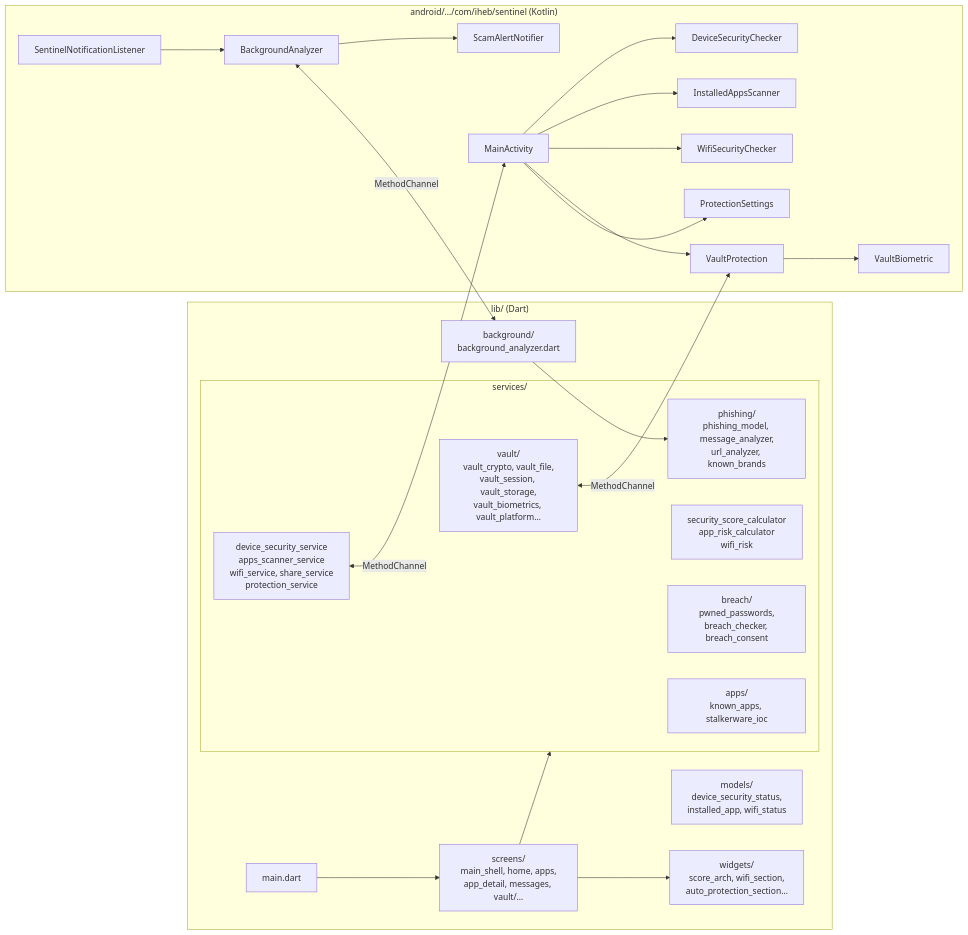
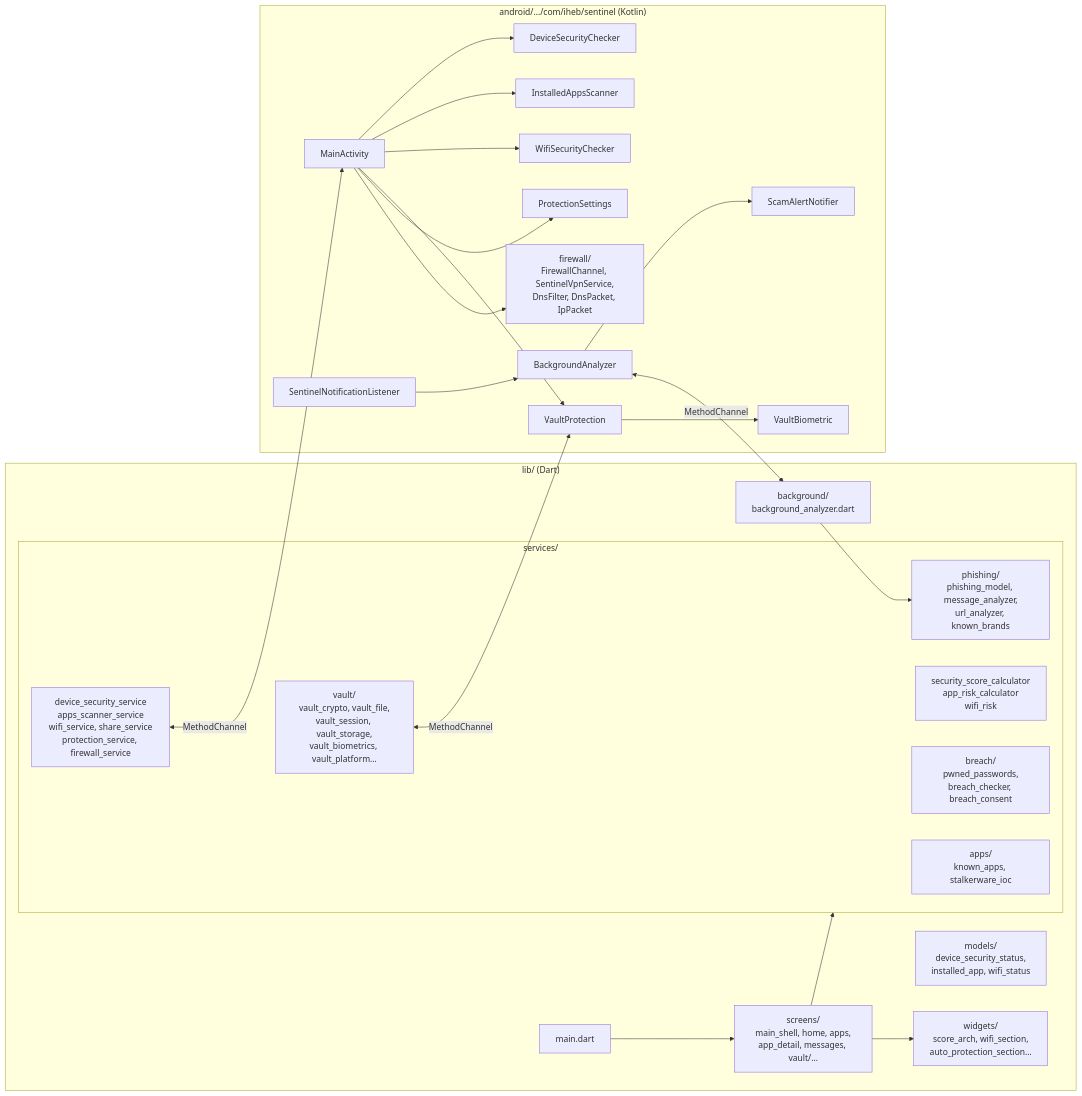
One commit to Ihebnsir/sentinel changed the first of 6 diagrams in docs/ARCHITECTURE.md. Above: the diagram before and after it, drawn with Mermaid. The commit also changed other lines of this file and 20 other files, not shown here.

Commit message:
Pare-feu DNS local (VpnService) : moteur, parsing IP/UDP/DNS, 19 tests JUnit

````diff
--- a/docs/ARCHITECTURE.md
+++ b/docs/ARCHITECTURE.md
@@ -11,41 +11,42 @@
 ```mermaid
 flowchart LR
   subgraph Dart["lib/ (Dart)"]
     main["main.dart"]
     screens["screens/<br/>main_shell, home, apps,<br/>app_detail, messages, vault/…"]
     widgets["widgets/<br/>score_arch, wifi_section,<br/>auto_protection_section…"]
     models["models/<br/>device_security_status,<br/>installed_app, wifi_status"]
     subgraph services["services/"]
       calc["security_score_calculator<br/>app_risk_calculator<br/>wifi_risk"]
       phishing["phishing/<br/>phishing_model, message_analyzer,<br/>url_analyzer, known_brands"]
       vault["vault/<br/>vault_crypto, vault_file,<br/>vault_session, vault_storage,<br/>vault_biometrics, vault_platform…"]
       breach["breach/<br/>pwned_passwords,<br/>breach_checker, breach_consent"]
       appsdb["apps/<br/>known_apps, stalkerware_ioc"]
-      bridges["device_security_service<br/>apps_scanner_service<br/>wifi_service, share_service<br/>protection_service"]
+      bridges["device_security_service<br/>apps_scanner_service<br/>wifi_service, share_service<br/>protection_service, firewall_service"]
     end
     background["background/<br/>background_analyzer.dart"]
   end
 
   subgraph Kotlin["android/…/com/iheb/sentinel (Kotlin)"]
     activity["MainActivity"]
     dev["DeviceSecurityChecker"]
     apps["InstalledAppsScanner"]
     wifi["WifiSecurityChecker"]
     vp["VaultProtection"]
     bio["VaultBiometric"]
     listener["SentinelNotificationListener"]
     bg["BackgroundAnalyzer"]
     notif["ScamAlertNotifier"]
     prefs["ProtectionSettings"]
+    fw["firewall/<br/>FirewallChannel, SentinelVpnService,<br/>DnsFilter, DnsPacket, IpPacket"]
   end
 
   main --> screens --> widgets
   screens --> services
   bridges <-->|MethodChannel| activity
   vault <-->|MethodChannel| vp
-  activity --> dev & apps & wifi & vp & prefs
+  activity --> dev & apps & wifi & vp & prefs & fw
   vp --> bio
   listener --> bg --> notif
   bg <-->|MethodChannel| background
   background --> phishing
 ```
````
